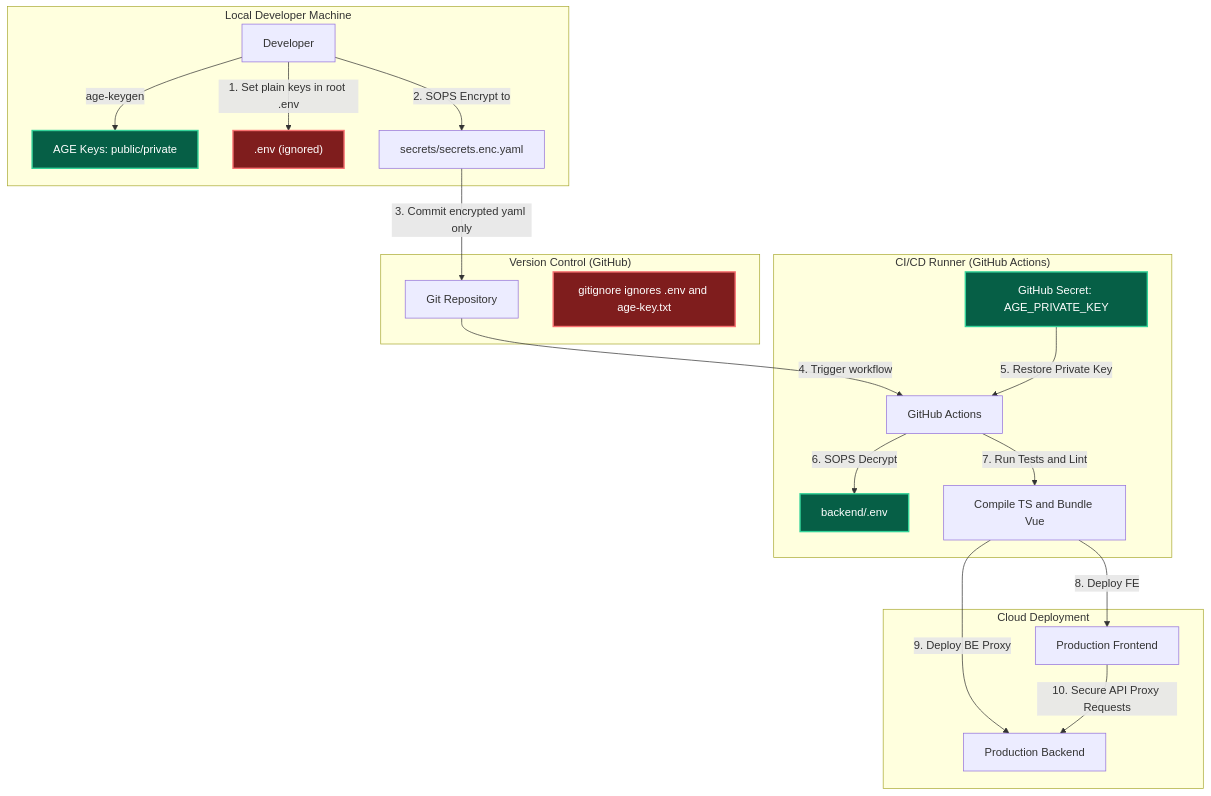
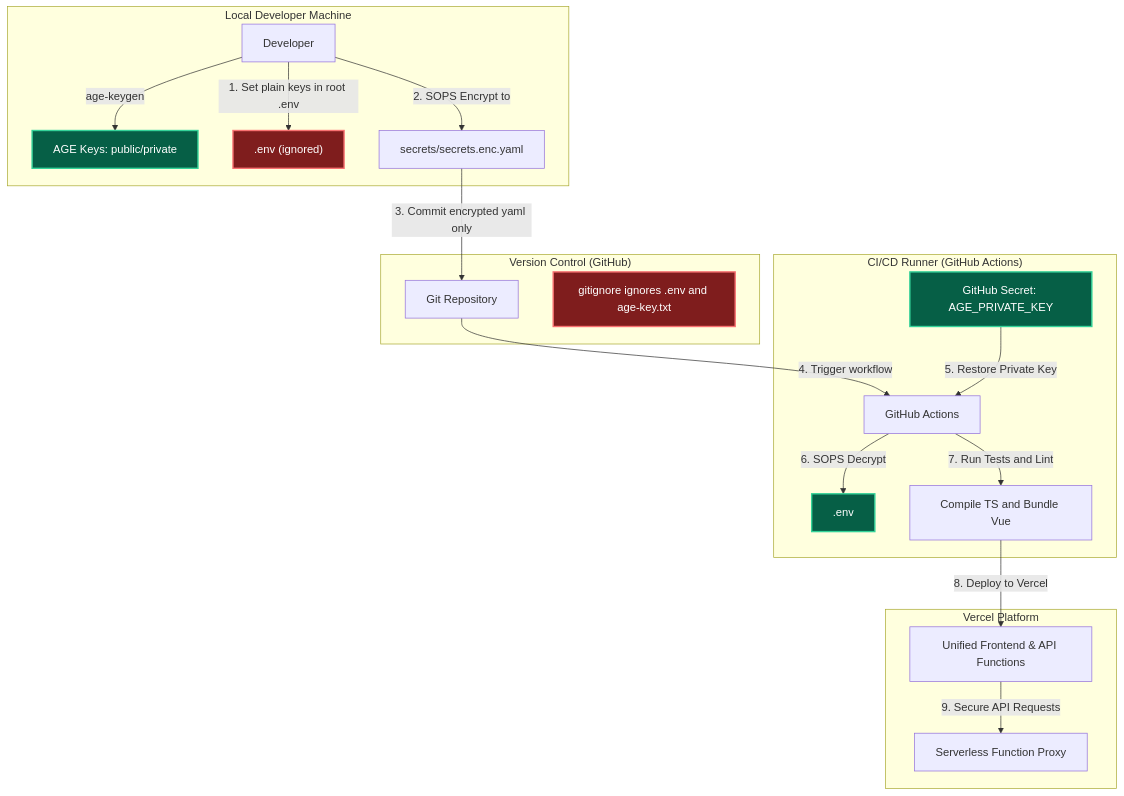
Before and after one commit to soujanyapatra/sops-vue-nodejs: the diagram in README.md, drawn with Mermaid. The commit also changed other lines of this file, not shown here.

Commit message:
refactor: migrate backend from Express to Vercel Serverless Functions and update documentation

````diff
--- a/README.md
+++ b/README.md
@@ -11,31 +11,30 @@
 ```mermaid
 graph TD
     subgraph "Local Developer Machine"
         Dev[Developer] -->|age-keygen| KeyPair["AGE Keys: public/private"]
         Dev -->|"1. Set plain keys in root .env"| Sec[".env (ignored)"]
         Dev -->|"2. SOPS Encrypt to"| EncSec["secrets/secrets.enc.yaml"]
     end
 
     subgraph "Version Control (GitHub)"
         EncSec -->|"3. Commit encrypted yaml only"| GitRepo["Git Repository"]
         GitIgnore["gitignore ignores .env and age-key.txt"]
     end
 
     subgraph "CI/CD Runner (GitHub Actions)"
         GitRepo -->|"4. Trigger workflow"| GHA["GitHub Actions"]
         GHAKey["GitHub Secret: AGE_PRIVATE_KEY"] -->|"5. Restore Private Key"| GHA
-        GHA -->|"6. SOPS Decrypt"| DecEnv["backend/.env"]
+        GHA -->|"6. SOPS Decrypt"| DecEnv[".env"]
         GHA -->|"7. Run Tests and Lint"| Build["Compile TS and Bundle Vue"]
     end
 
-    subgraph "Cloud Deployment"
-        Build -->|"8. Deploy FE"| Hosting["Production Frontend"]
-        Build -->|"9. Deploy BE Proxy"| APIProxy["Production Backend"]
-        Hosting -->|"10. Secure API Proxy Requests"| APIProxy
+    subgraph "Vercel Platform"
+        Build -->|"8. Deploy to Vercel"| Vercel["Unified Frontend & API Functions"]
+        Vercel -->|"9. Secure API Requests"| VercelServerless["Serverless Function Proxy"]
     end
 
     classDef secure fill:#065f46,stroke:#34d399,stroke-width:2px,color:#fff;
     classDef danger fill:#7f1d1d,stroke:#f87171,stroke-width:2px,color:#fff;
     class GHAKey,DecEnv,KeyPair secure;
     class Sec,GitIgnore danger;
 ```
````
